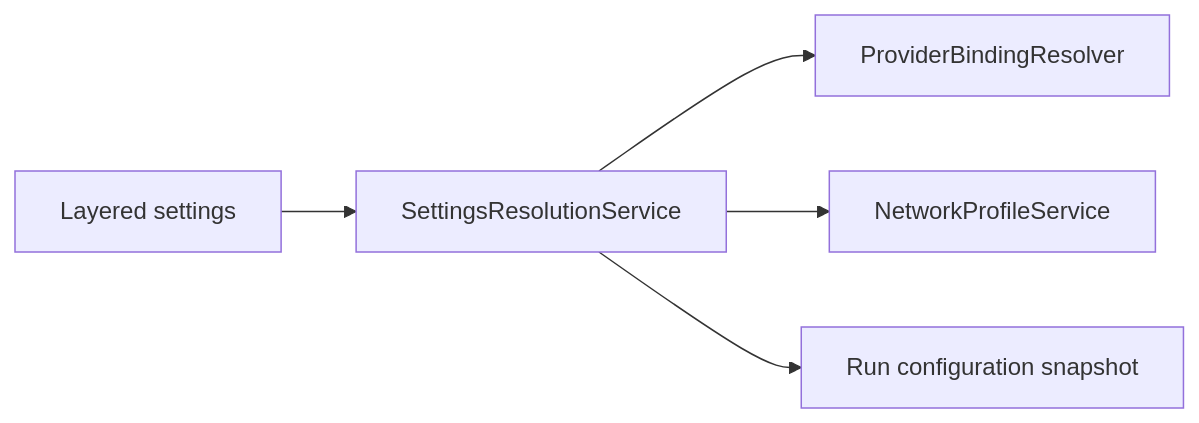
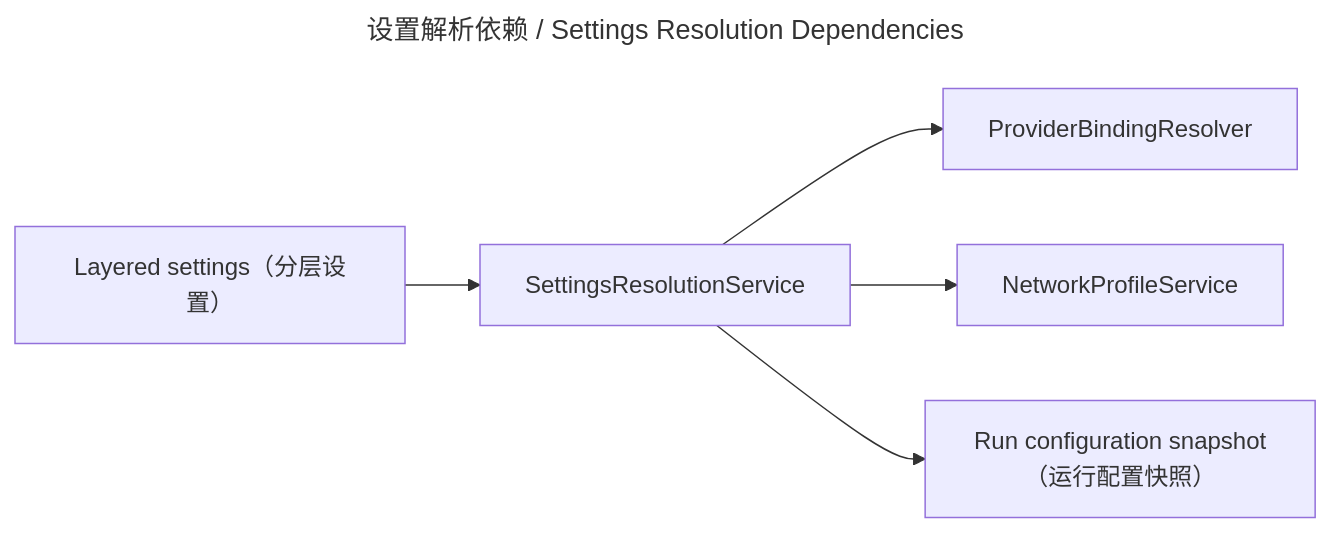
The diagram in wiki/codewiki/settings_and_configuration.md (peakwheat-pixel/New-Manga), drawn with Mermaid before and after one commit. The commit also changed 16 other files, not shown here.

Commit message:
docs: apply bilingual diagram policy to CodeWiki diagrams

````diff
--- a/wiki/codewiki/settings_and_configuration.md
+++ b/wiki/codewiki/settings_and_configuration.md
@@ -35,7 +35,10 @@
 ```mermaid
+---
+title: 设置解析依赖 / Settings Resolution Dependencies
+---
 flowchart LR
-    INPUT["Layered settings"] --> RESOLVE["SettingsResolutionService"]
+    INPUT["Layered settings（分层设置）"] --> RESOLVE["SettingsResolutionService"]
     RESOLVE --> BIND["ProviderBindingResolver"]
     RESOLVE --> NETWORK["NetworkProfileService"]
-    RESOLVE --> SNAPSHOT["Run configuration snapshot"]
+    RESOLVE --> SNAPSHOT["Run configuration snapshot（运行配置快照）"]
 ```
````
